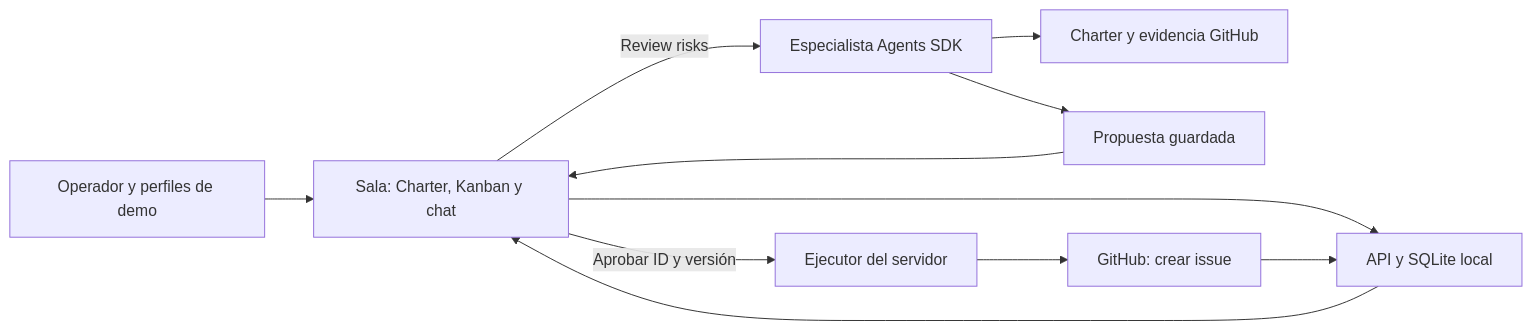
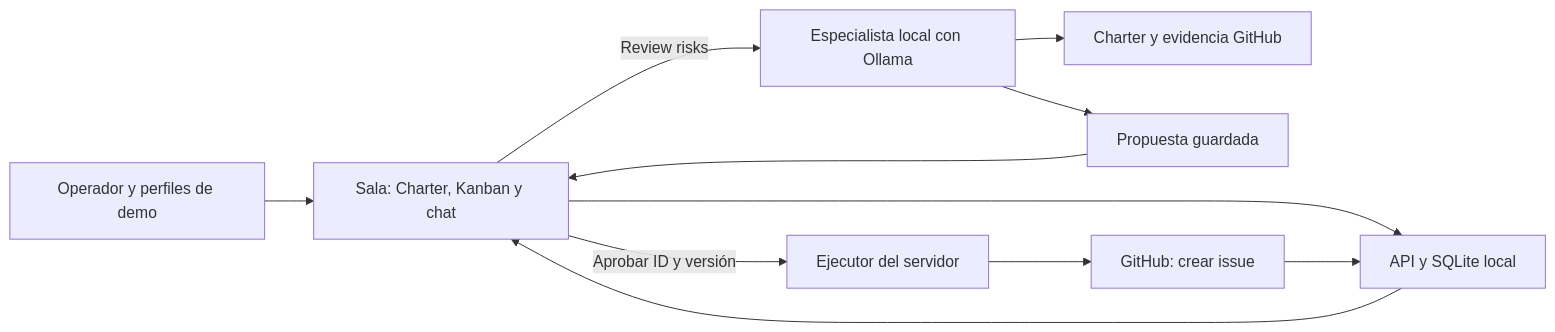
Before and after one commit to OscarSantiagoMerino/NERV: the diagram in docs/mvp/README.md, drawn with Mermaid. The commit also changed other lines of this file and 11 other files, not shown here.

Commit message:
feat(ai): run NERV agents locally with Ollama

````diff
--- a/docs/mvp/README.md
+++ b/docs/mvp/README.md
@@ -68,13 +68,13 @@
 ```mermaid
 flowchart LR
   U[Operador y perfiles de demo] --> W[Sala: Charter, Kanban y chat]
   W --> D[API y SQLite local]
-  W -->|Review risks| A[Especialista Agents SDK]
+  W -->|Review risks| A[Especialista local con Ollama]
   A --> C[Charter y evidencia GitHub]
   A --> P[Propuesta guardada]
   P --> W
   W -->|Aprobar ID y versión| X[Ejecutor del servidor]
   X --> G[GitHub: crear issue]
   G --> D
   D --> W
 ```
````
